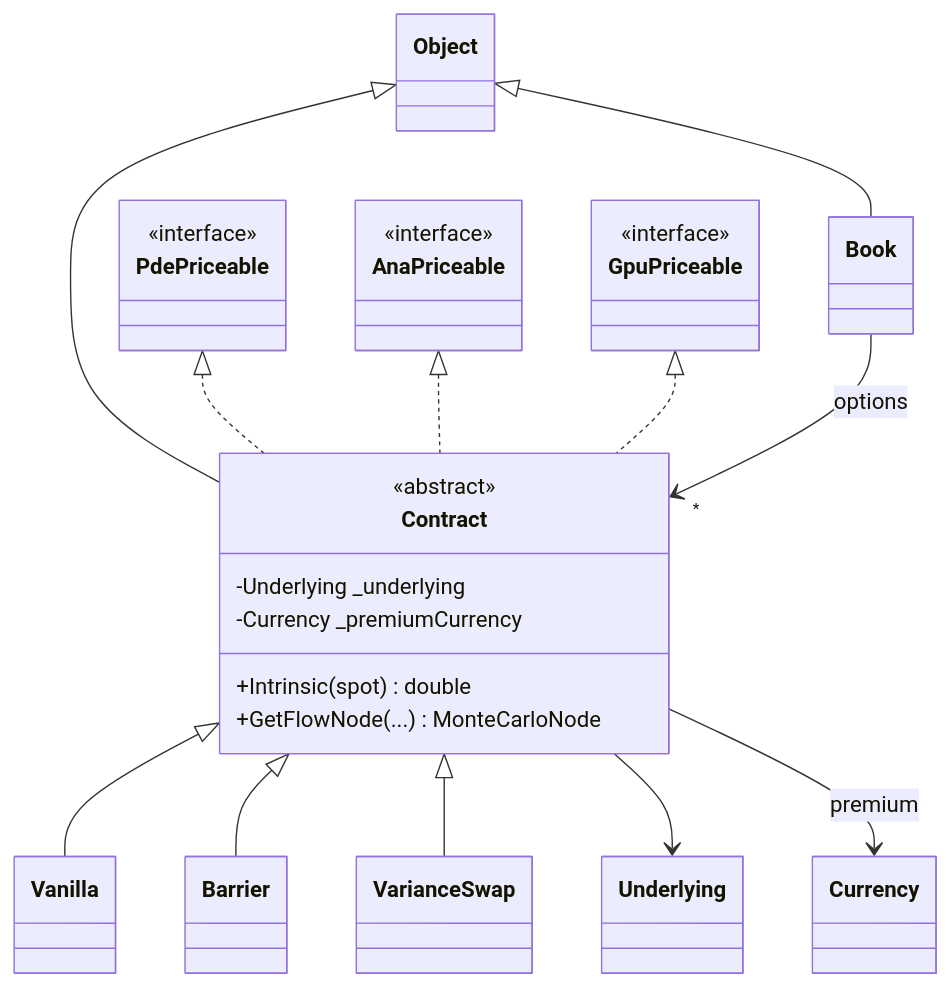
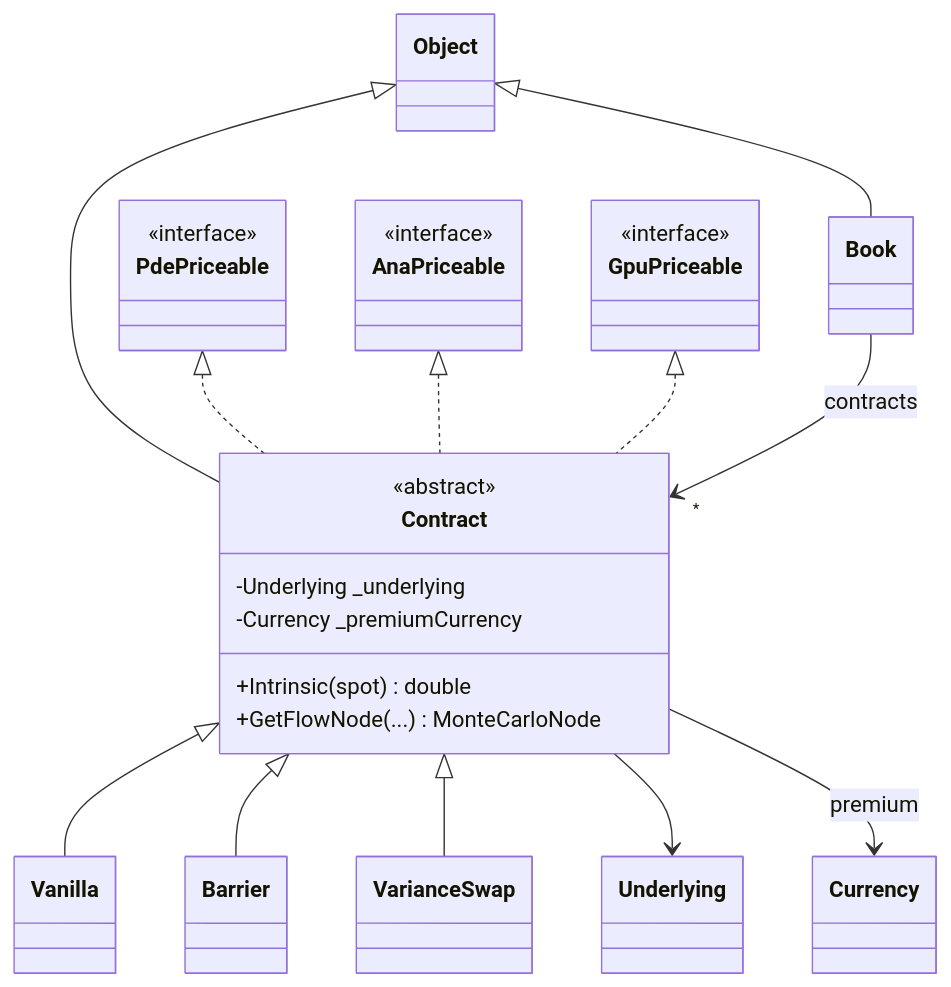
Before and after one commit to GValas/Thoth: the third of 6 diagrams in docs/architecture.md, drawn with Mermaid. The commit also changed 36 other files, not shown here.

First line of the commit message:
refactor: book holds a name-ordered ContractSet; rename YAML 'options' -> 'contracts'

````diff
--- a/docs/architecture.md
+++ b/docs/architecture.md
@@ -126,32 +126,32 @@
 ```mermaid
 classDiagram
     class Contract {
         <<abstract>>
         -Underlying _underlying
         -Currency _premiumCurrency
         +Intrinsic(spot) double
         +GetFlowNode(...) MonteCarloNode
     }
     class PdePriceable {
         <<interface>>
     }
     class AnaPriceable {
         <<interface>>
     }
     class GpuPriceable {
         <<interface>>
     }
 
     Object <|-- Contract
     PdePriceable <|.. Contract
     AnaPriceable <|.. Contract
     GpuPriceable <|.. Contract
     Contract <|-- Vanilla
     Contract <|-- Barrier
     Contract <|-- VarianceSwap
 
     Object <|-- Book
-    Book --> "*" Contract : options
+    Book --> "*" Contract : contracts
     Contract --> Underlying
     Contract --> Currency : premium
 ```
````
